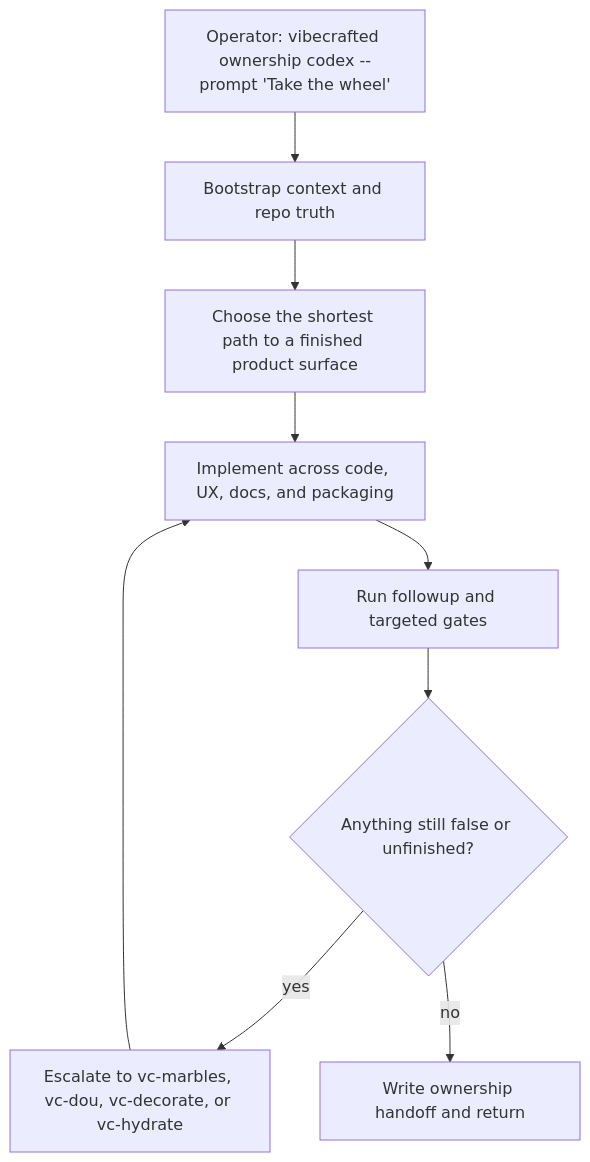
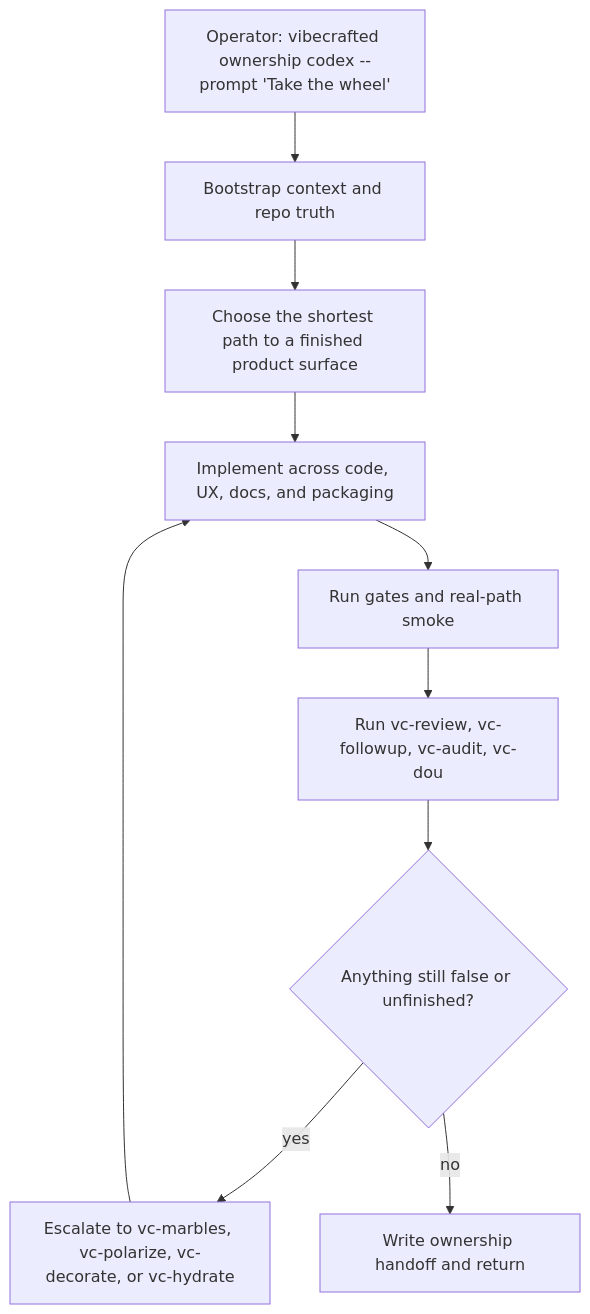
The diagram in skills/vc-ownership/FLOW.md (VetCoders/VibeCrafted), drawn with Mermaid before and after one commit. The commit also changed other lines of this file and 18 other files, not shown here.

````diff
--- a/skills/vc-ownership/FLOW.md
+++ b/skills/vc-ownership/FLOW.md
@@ -5,11 +5,12 @@
 ```mermaid
 flowchart TD
     A[Operator: vibecrafted ownership codex --prompt 'Take the wheel'] --> B[Bootstrap context and repo truth]
     B --> C[Choose the shortest path to a finished product surface]
     C --> D[Implement across code, UX, docs, and packaging]
-    D --> E[Run followup and targeted gates]
-    E --> F{Anything still false or unfinished?}
-    F -->|yes| G[Escalate to vc-marbles, vc-dou, vc-decorate, or vc-hydrate]
-    F -->|no| H[Write ownership handoff and return]
-    G --> D
+    D --> E[Run gates and real-path smoke]
+    E --> F[Run vc-review, vc-followup, vc-audit, vc-dou]
+    F --> G{Anything still false or unfinished?}
+    G -->|yes| H[Escalate to vc-marbles, vc-polarize, vc-decorate, or vc-hydrate]
+    H --> D
+    G -->|no| I[Write ownership handoff and return]
 ```
````
